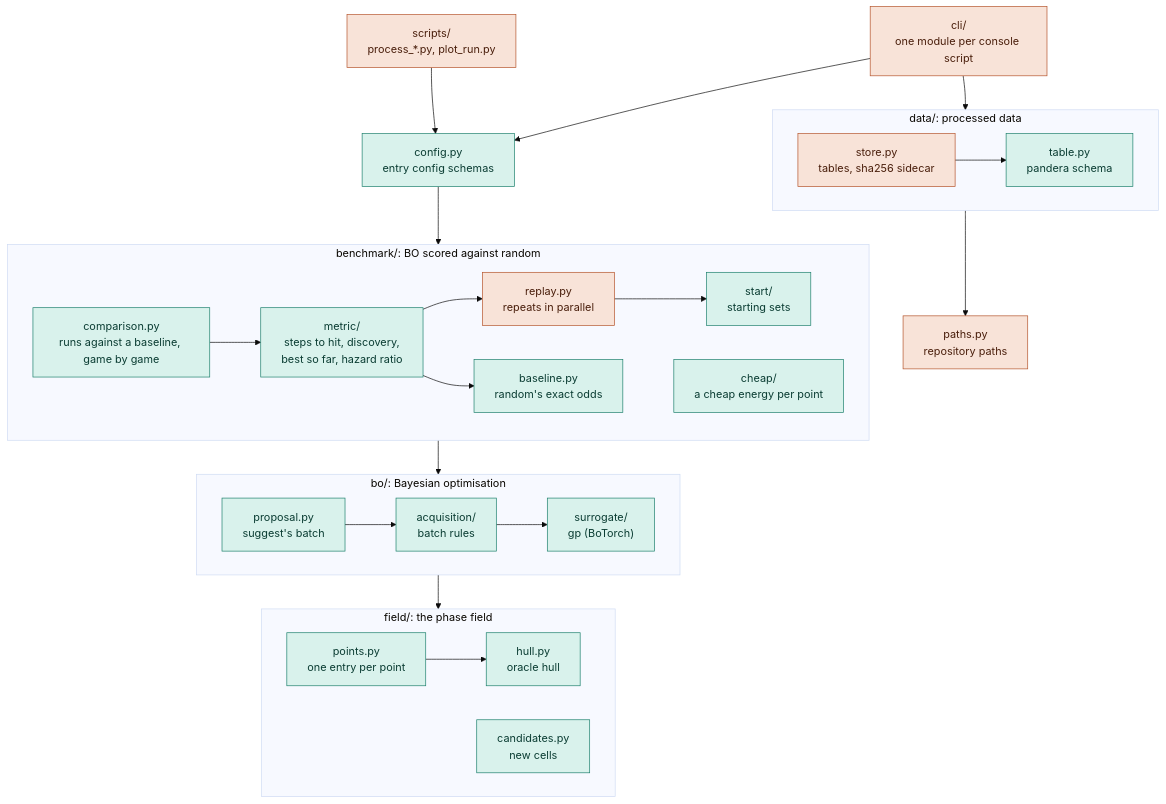
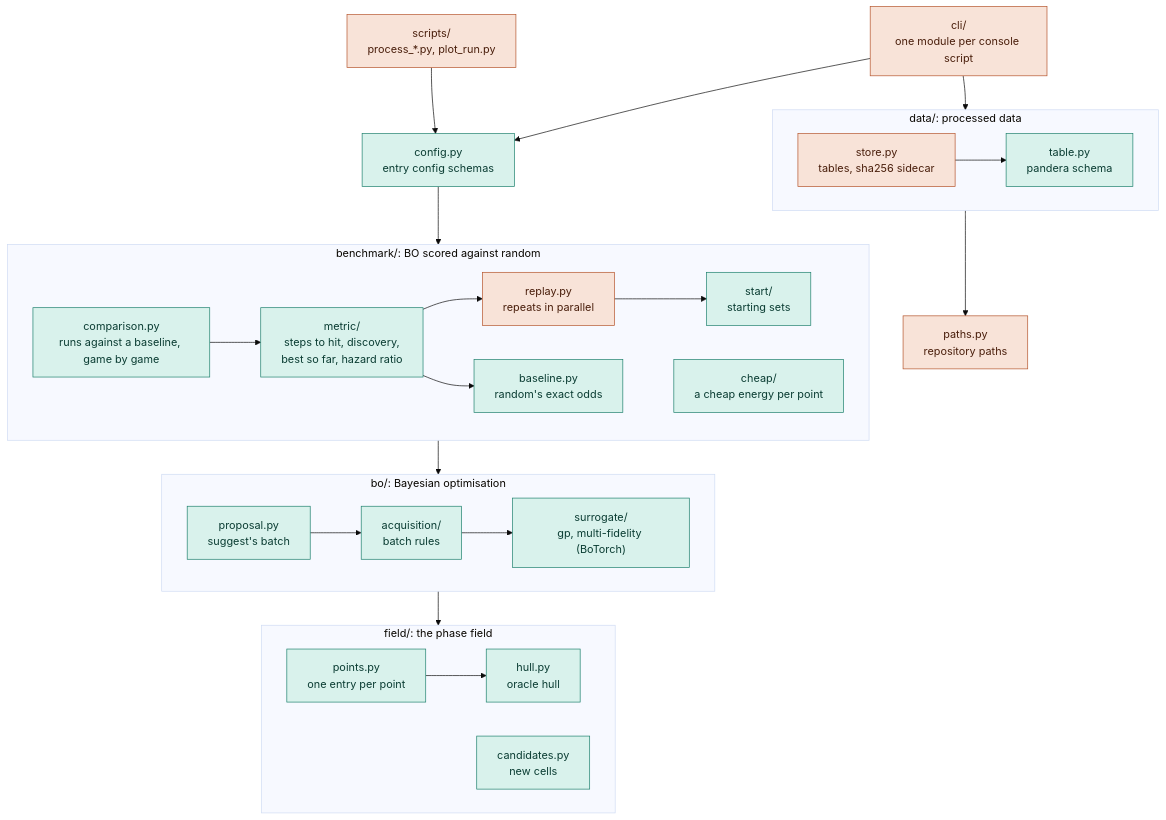
One commit to nuinashco/PhaseBO changed the first of 2 diagrams in CONTRIBUTING.md. Above: the diagram before and after it, drawn with Mermaid (base theme). The commit also changed other lines of this file and 15 other files, not shown here.

````diff
--- a/CONTRIBUTING.md
+++ b/CONTRIBUTING.md
@@ -10,39 +10,39 @@
 ```mermaid
 flowchart TD
     scripts["scripts/<br/>process_*.py, plot_run.py"]:::side
     cli["cli/<br/>one module per console script"]:::side
     config["config.py<br/>entry config schemas"]:::pure
     subgraph benchmark["benchmark/: BO scored against random"]
         comparison["comparison.py<br/>runs against a baseline, game by game"]:::pure
         metric["metric/<br/>steps to hit, discovery,<br/>best so far, hazard ratio"]:::pure
         replay["replay.py<br/>repeats in parallel"]:::side
         start["start/<br/>starting sets"]:::pure
         baseline["baseline.py<br/>random's exact odds"]:::pure
         cheap["cheap/<br/>a cheap energy per point"]:::pure
         comparison --> metric --> replay --> start
         metric --> baseline
     end
     subgraph bo["bo/: Bayesian optimisation"]
         proposal["proposal.py<br/>suggest's batch"]:::pure
         acquisition["acquisition/<br/>batch rules"]:::pure
-        surrogate["surrogate/<br/>gp (BoTorch)"]:::pure
+        surrogate["surrogate/<br/>gp, multi-fidelity (BoTorch)"]:::pure
         proposal --> acquisition --> surrogate
     end
     subgraph field["field/: the phase field"]
         points["points.py<br/>one entry per point"]:::pure
         hull["hull.py<br/>oracle hull"]:::pure
         candidates["candidates.py<br/>new cells"]:::pure
         points --> hull
     end
     subgraph data["data/: processed data"]
         store["store.py<br/>tables, sha256 sidecar"]:::side
         table["table.py<br/>pandera schema"]:::pure
         store --> table
     end
     paths["paths.py<br/>repository paths"]:::side
     scripts --> config
     cli --> config --> benchmark --> bo --> field
     cli --> data --> paths
     classDef pure fill:#d9f2ec,stroke:#1b7f6b,color:#0b3d33
     classDef side fill:#f8e3d8,stroke:#b4532a,color:#4a1f0c
 ```
````
